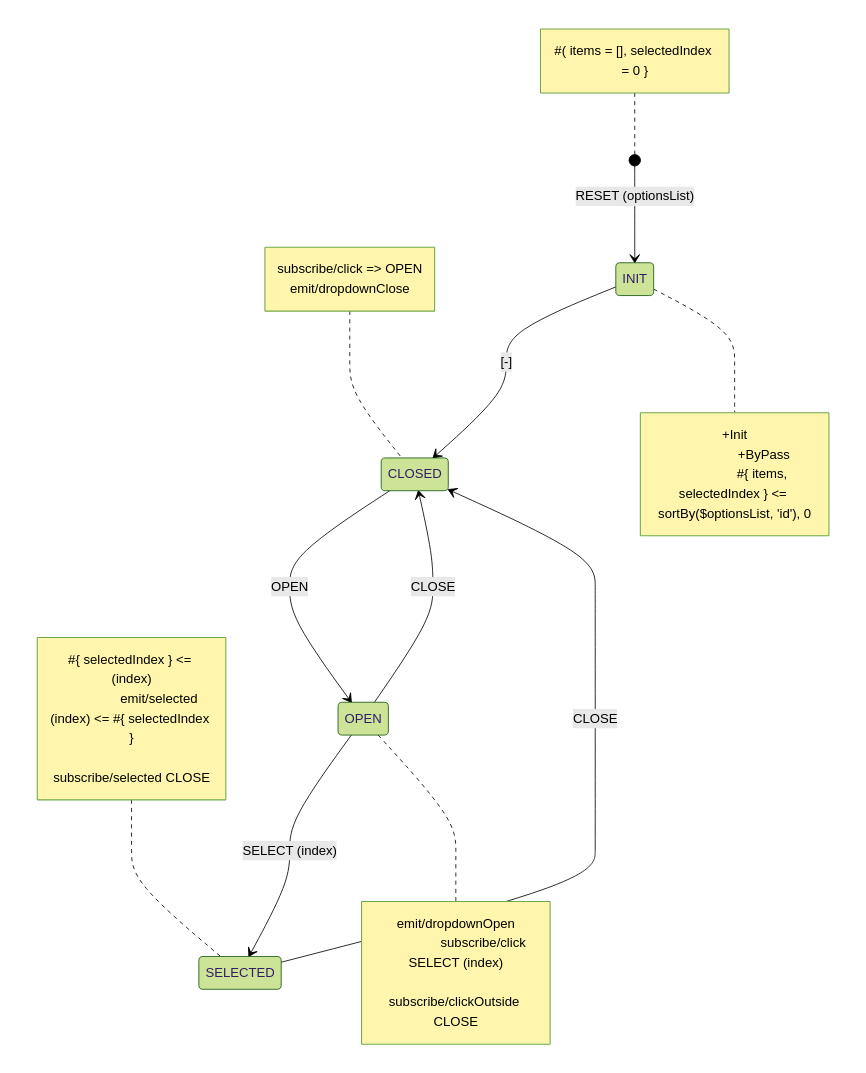
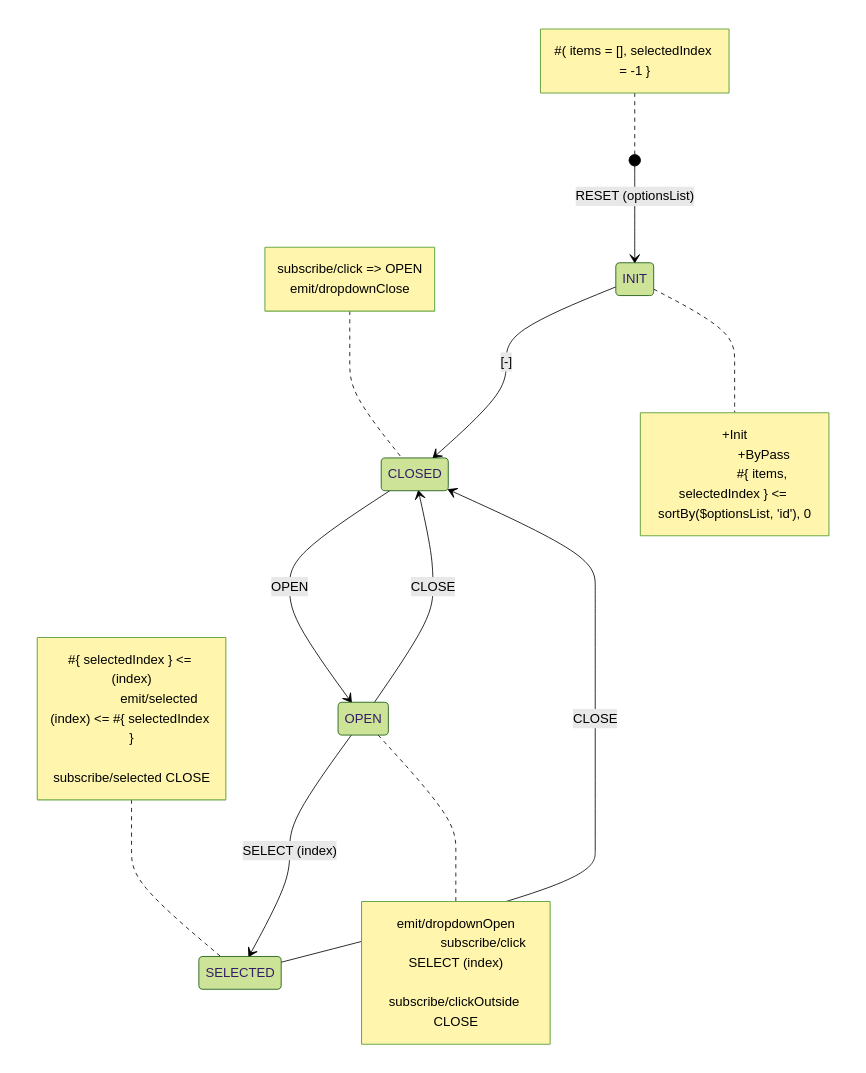
One commit to tfcp68/yantrix changed the seventh of 7 diagrams in docs/concepts/999_design_examples.md. Above: the diagram before and after it, drawn with Mermaid (forest theme). The commit also changed other lines of this file and 1 other file, not shown here.

````diff
--- a/docs/concepts/999_design_examples.md
+++ b/docs/concepts/999_design_examples.md
@@ -113,31 +147,31 @@
 ```mermaid
 stateDiagram-v2
 	[*] --> INIT: RESET (optionsList)
 	INIT --> CLOSED: [-]
 	CLOSED --> OPEN: OPEN
 	OPEN --> CLOSED: CLOSE
 	OPEN --> SELECTED: SELECT (index)
 	SELECTED --> CLOSED: CLOSE
 	note right of INIT
 		+Init
 		+ByPass
 		#{ items, selectedIndex } <= sortBy($optionsList, 'id'), 0
 	end note
 	note left of CLOSED
 		subscribe/click => OPEN
 		emit/dropdownClose
 	end note
 	note left of SELECTED
 		#{ selectedIndex } <= (index)
 		emit/selected (index) <= #{ selectedIndex }
 		subscribe/selected CLOSE
 	end note
 	note right of OPEN
 		emit/dropdownOpen
 		subscribe/click SELECT (index)
 		subscribe/clickOutside CLOSE
 	end note
 note left of [*]
-#( items = [], selectedIndex = 0 }
+#( items = [], selectedIndex = -1 }
 end note
 ```
````
